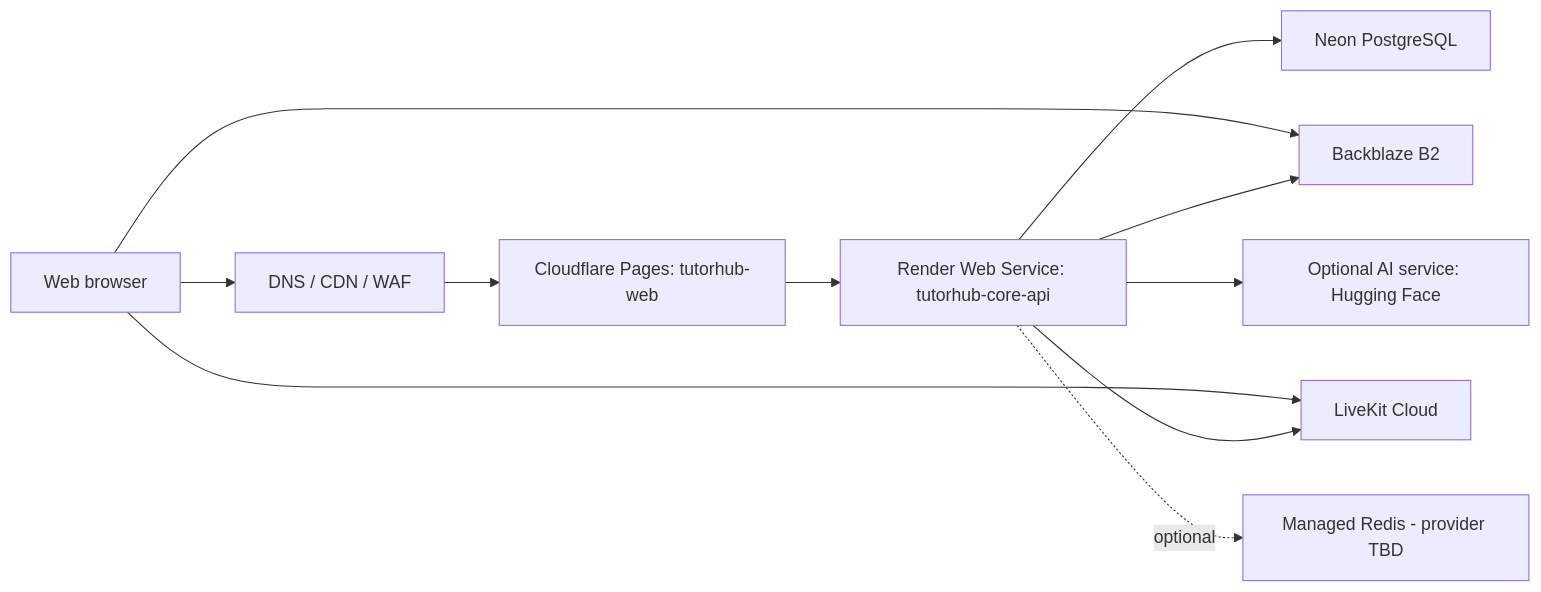
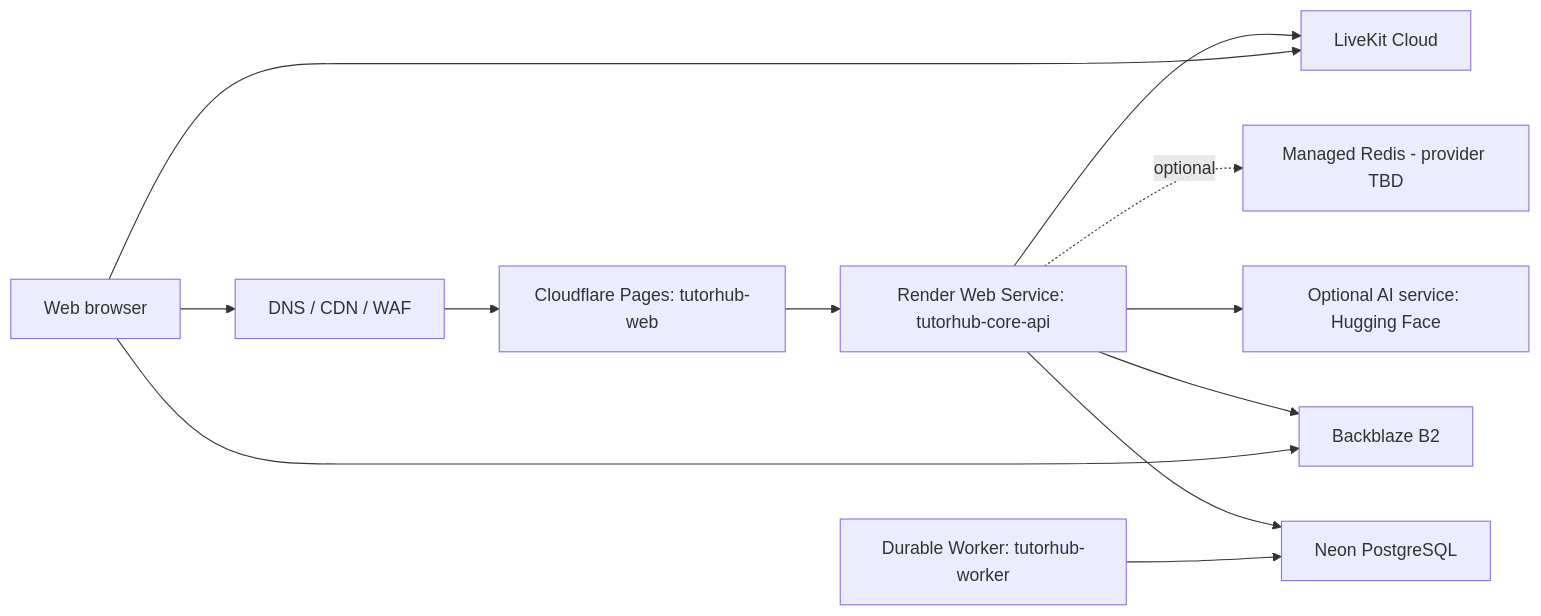
The diagram in docs/DEPLOYMENT_BASELINE.md (basangnguyen/TUTORHUB_WEB), drawn with Mermaid before and after one commit. The commit also changed other lines of this file and 62 other files, not shown here.

````diff
--- a/docs/DEPLOYMENT_BASELINE.md
+++ b/docs/DEPLOYMENT_BASELINE.md
@@ -5,13 +5,14 @@
 ```mermaid
 flowchart LR
     USER["Web browser"] --> EDGE["DNS / CDN / WAF"]
     EDGE --> WEB["Cloudflare Pages: tutorhub-web"]
     WEB --> API["Render Web Service: tutorhub-core-api"]
     API --> NEON["Neon PostgreSQL"]
+    WORKER["Durable Worker: tutorhub-worker"] --> NEON
     API --> B2["Backblaze B2"]
     USER --> B2
     API --> LK["LiveKit Cloud"]
     USER --> LK
     API --> AI["Optional AI service: Hugging Face"]
     API -. optional .-> REDIS["Managed Redis - provider TBD"]
 ```
````
